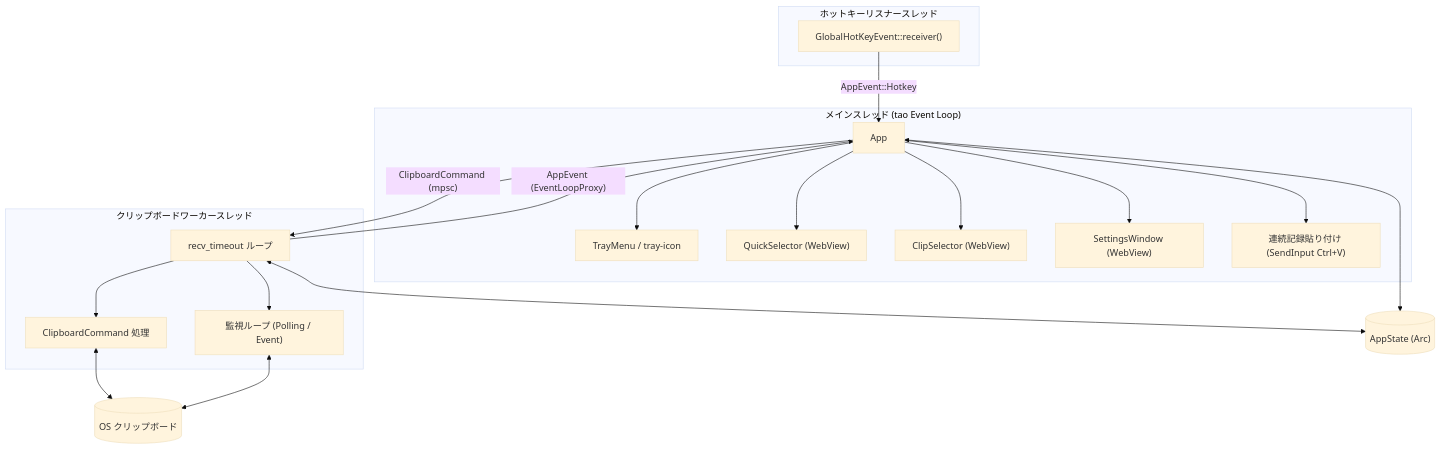
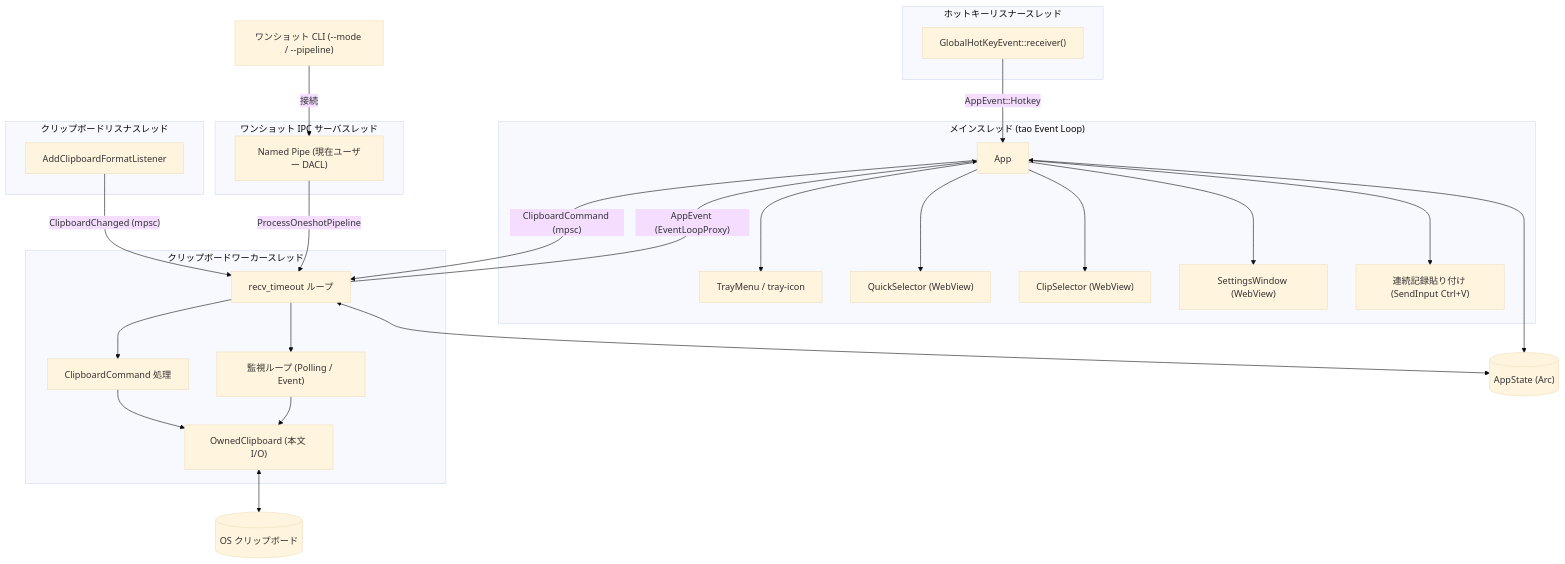
The diagram in DEVELOPMENT.md (GnudMna/clip-refiner), drawn with Mermaid (base theme) before and after one commit. The commit also changed other lines of this file and 36 other files, not shown here.

````diff
--- a/DEVELOPMENT.md
+++ b/DEVELOPMENT.md
@@ -706,39 +723,53 @@
 ```mermaid
 flowchart TB
     subgraph main ["メインスレッド (tao Event Loop)"]
         App["App"]
         Tray["TrayMenu / tray-icon"]
         QS["QuickSelector (WebView)"]
         CS["ClipSelector (WebView)"]
         SW["SettingsWindow (WebView)"]
         Paste["連続記録貼り付け (SendInput Ctrl+V)"]
         App --> Tray
         App --> QS
         App --> CS
         App --> SW
         App --> Paste
     end
 
     subgraph hotkey_thread ["ホットキーリスナースレッド"]
         GHK["GlobalHotKeyEvent::receiver()"]
     end
 
+    subgraph listener ["クリップボードリスナスレッド"]
+        CFL["AddClipboardFormatListener"]
+    end
+
+    subgraph ipc_server ["ワンショット IPC サーバスレッド"]
+        Pipe["Named Pipe (現在ユーザー DACL)"]
+    end
+
     subgraph worker ["クリップボードワーカースレッド"]
         WL["recv_timeout ループ"]
         Mon["監視ループ (Polling / Event)"]
         Cmd["ClipboardCommand 処理"]
+        Owned["OwnedClipboard (本文 I/O)"]
         WL --> Mon
         WL --> Cmd
+        Cmd --> Owned
+        Mon --> Owned
     end
 
     CB[("OS クリップボード")]
     State[("AppState (Arc)")]
+    CLI["ワンショット CLI (--mode / --pipeline)"]
 
     GHK -->|"AppEvent::Hotkey"| App
     App -->|"ClipboardCommand (mpsc)"| WL
+    CFL -->|"ClipboardChanged (mpsc)"| WL
+    Pipe -->|"ProcessOneshotPipeline"| WL
+    CLI -->|"接続"| Pipe
     WL -->|"AppEvent (EventLoopProxy)"| App
-    Cmd <--> CB
-    Mon <--> CB
+    Owned <--> CB
     App <--> State
     WL <--> State
 ```
````
